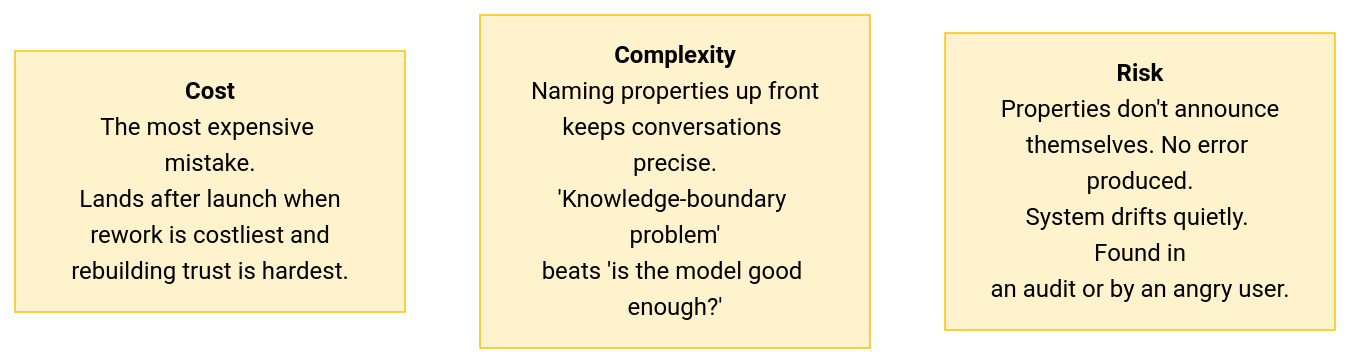
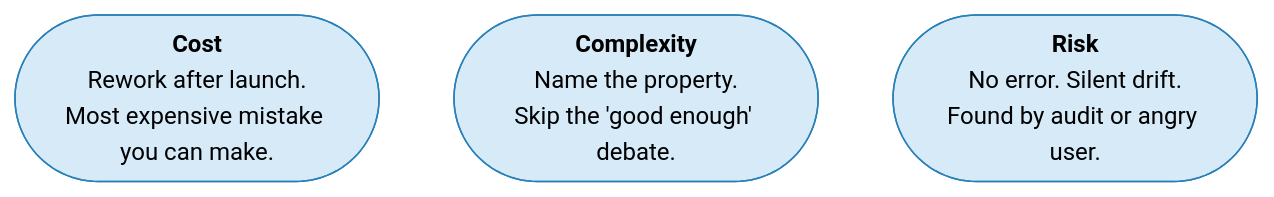
The seventh of 8 diagrams in Professional/01-Claude-Platform-and-Solution-Design/01-How-Claude-Behaves.md (shreyabaid007/Claude-Certified-Architect), drawn with Mermaid before and after one commit. The commit also changed 1 other file, not shown here.

Commit message:
Restyle Cost/Complexity/Risk as blue pill-shaped cards with punchy text
Blue stadium-shaped nodes make these sections visually distinct from
yellow concept cards and green action cards. Text cut to one punchy
sentence per card for fast scanning.

````diff
--- a/Professional/01-Claude-Platform-and-Solution-Design/01-How-Claude-Behaves.md
+++ b/Professional/01-Claude-Platform-and-Solution-Design/01-How-Claude-Behaves.md
@@ -138,10 +138,10 @@
 ```mermaid
 flowchart LR
-    classDef concept fill:#fff3cd,stroke:#ffc107,color:#000
+    classDef risk fill:#d6eaf8,stroke:#2980b9,color:#000
 
-    C["<b>Cost</b><br/>The most expensive mistake.<br/>Lands after launch when<br/>rework is costliest and<br/>rebuilding trust is hardest."]:::concept
-    X["<b>Complexity</b><br/>Naming properties up front<br/>keeps conversations precise.<br/>'Knowledge-boundary problem'<br/>beats 'is the model good enough?'"]:::concept
-    R["<b>Risk</b><br/>Properties don't announce<br/>themselves. No error produced.<br/>System drifts quietly. Found in<br/>an audit or by an angry user."]:::concept
+    C(["<b>Cost</b><br/>Rework after launch.<br/>Most expensive mistake you can make."]):::risk
+    X(["<b>Complexity</b><br/>Name the property.<br/>Skip the 'good enough' debate."]):::risk
+    R(["<b>Risk</b><br/>No error. Silent drift.<br/>Found by audit or angry user."]):::risk
 
     C ~~~ X ~~~ R
 ```
````
